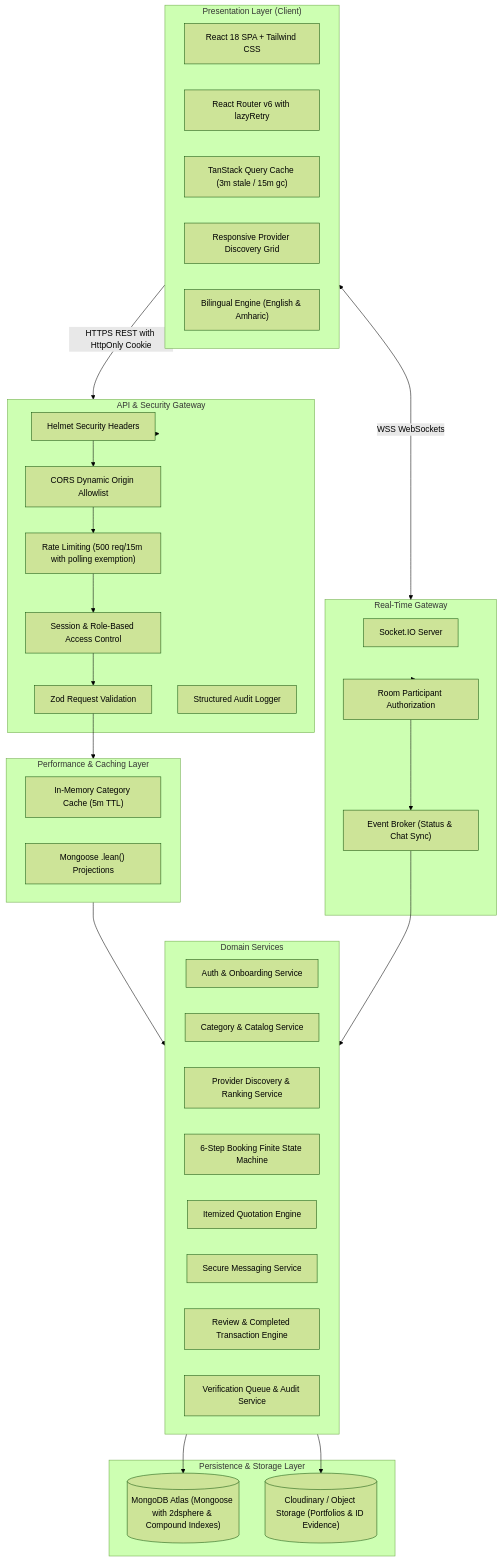
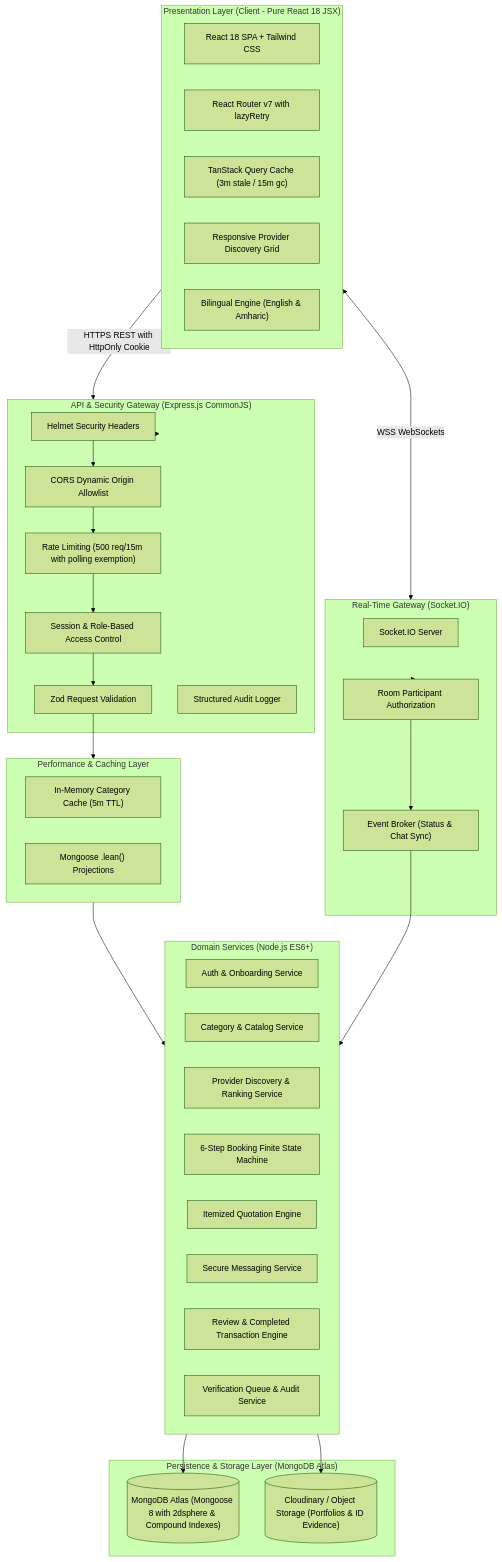
Before and after one commit to petersisay/lehulu: the first of 3 diagrams in docs/ARCHITECTURE.md, drawn with Mermaid (forest theme). The commit also changed other lines of this file, not shown here.

Commit message:
docs(arch): modernize system architecture specification for pure JavaScript React JSX and Router v7

````diff
--- a/docs/ARCHITECTURE.md
+++ b/docs/ARCHITECTURE.md
@@ -7,53 +7,53 @@
 ```mermaid
 flowchart TD
-    subgraph Presentation["Presentation Layer (Client)"]
+    subgraph Presentation["Presentation Layer (Client - Pure React 18 JSX)"]
         UI["React 18 SPA + Tailwind CSS"]
-        Router["React Router v6 with lazyRetry"]
+        Router["React Router v7 with lazyRetry"]
         Query["TanStack Query Cache (3m stale / 15m gc)"]
         Grid["Responsive Provider Discovery Grid"]
         I18n["Bilingual Engine (English & Amharic)"]
     end
 
-    subgraph Gateway["API & Security Gateway"]
+    subgraph Gateway["API & Security Gateway (Express.js CommonJS)"]
         Helmet["Helmet Security Headers"]
         CORS["CORS Dynamic Origin Allowlist"]
         RateLimit["Rate Limiting (500 req/15m with polling exemption)"]
         AuthMW["Session & Role-Based Access Control"]
         ZodMW["Zod Request Validation"]
         AuditMW["Structured Audit Logger"]
     end
 
-    subgraph RealTime["Real-Time Gateway"]
+    subgraph RealTime["Real-Time Gateway (Socket.IO)"]
         SocketServer["Socket.IO Server"]
         RoomAuth["Room Participant Authorization"]
         EventBroker["Event Broker (Status & Chat Sync)"]
     end
 
     subgraph CacheLayer["Performance & Caching Layer"]
         CatCache["In-Memory Category Cache (5m TTL)"]
         LeanQuery["Mongoose .lean() Projections"]
     end
 
-    subgraph Services["Domain Services"]
+    subgraph Services["Domain Services (Node.js ES6+)"]
         AuthSvc["Auth & Onboarding Service"]
         CatSvc["Category & Catalog Service"]
         ProvSvc["Provider Discovery & Ranking Service"]
         BookSvc["6-Step Booking Finite State Machine"]
         QuoteSvc["Itemized Quotation Engine"]
         MsgSvc["Secure Messaging Service"]
         ReviewSvc["Review & Completed Transaction Engine"]
         AdminSvc["Verification Queue & Audit Service"]
     end
 
-    subgraph Data["Persistence & Storage Layer"]
-        Mongo[("MongoDB Atlas (Mongoose with 2dsphere & Compound Indexes)")]
+    subgraph Data["Persistence & Storage Layer (MongoDB Atlas)"]
+        Mongo[("MongoDB Atlas (Mongoose 8 with 2dsphere & Compound Indexes)")]
         Storage[("Cloudinary / Object Storage (Portfolios & ID Evidence)")]
     end
 
     Presentation -->|HTTPS REST with HttpOnly Cookie| Gateway
     Presentation <-->|WSS WebSockets| RealTime
     Gateway --> Helmet --> CORS --> RateLimit --> AuthMW --> ZodMW --> CacheLayer --> Services
     RealTime --> RoomAuth --> EventBroker --> Services
     Services --> Mongo
     Services --> Storage
 ```
````
